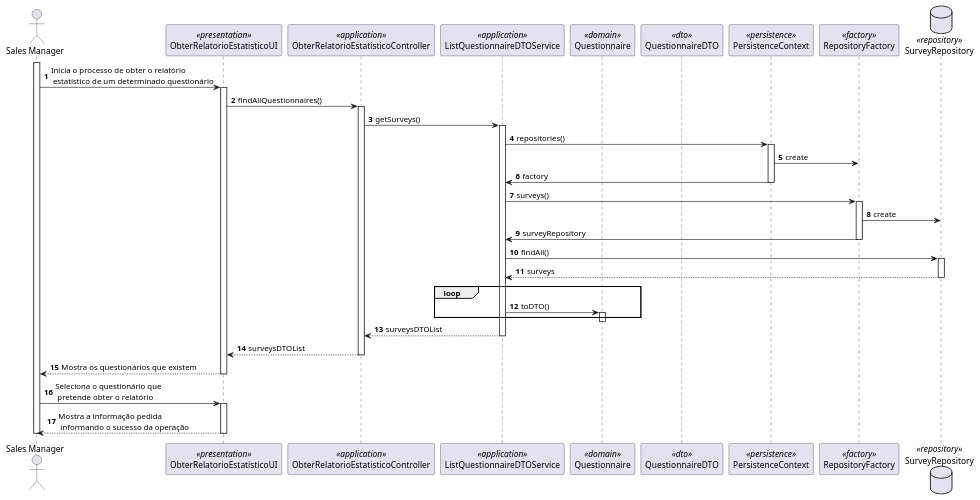
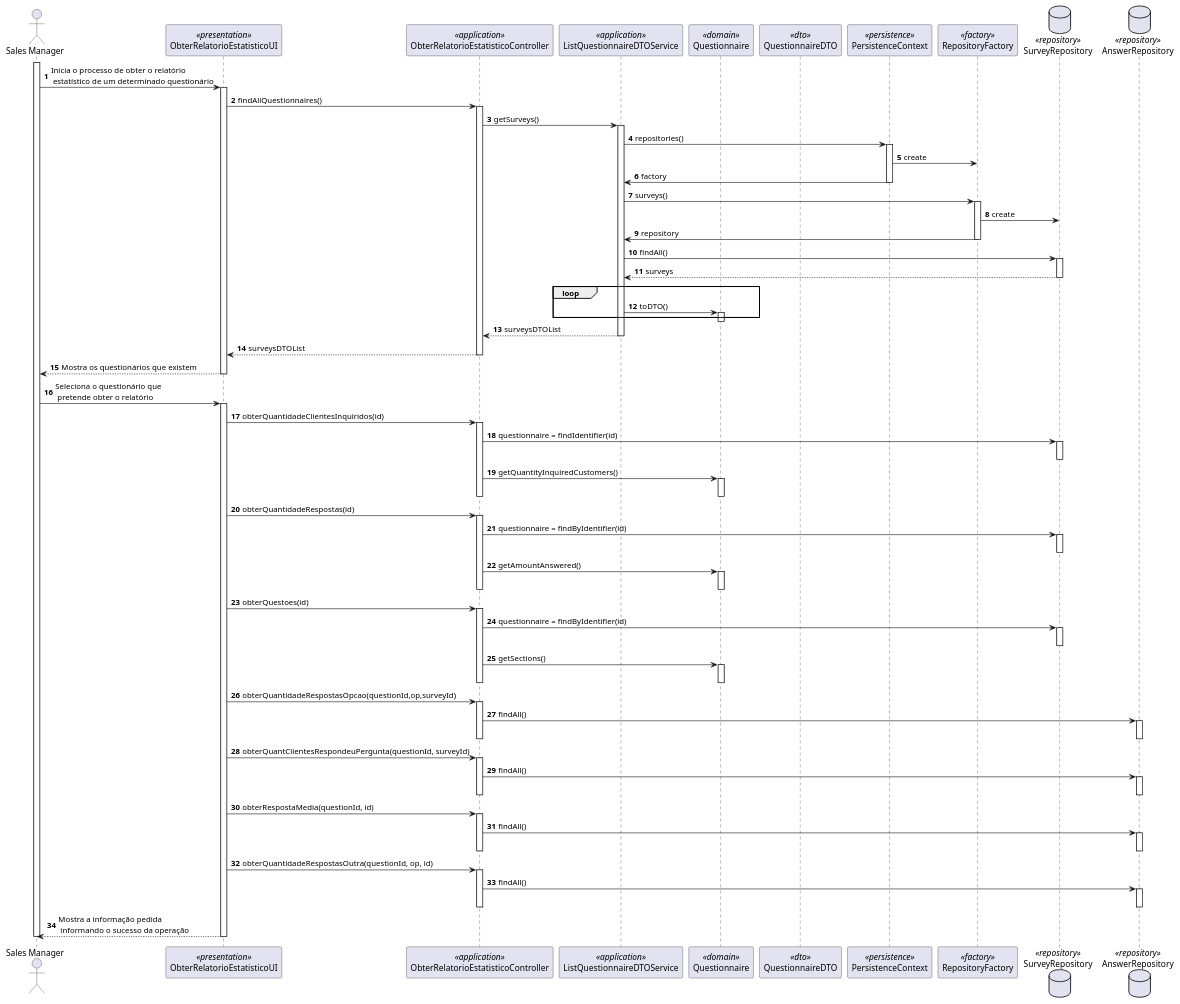
Before and after one commit to 0franciscor/lei21_22_s4_2de_01: the diagram in docs/1201386/US3002/SD_ObterRelatorioEstatistico.puml, drawn with PlantUML. The commit also changed 2 other files, not shown here.

Commit message:
#24 - Sequence Diagram Update

```diff
--- a/docs/1201386/US3002/SD_ObterRelatorioEstatistico.puml
+++ b/docs/1201386/US3002/SD_ObterRelatorioEstatistico.puml
@@ -1,54 +1,108 @@
 @startuml
 
 autonumber
 actor "Sales Manager" as SM
 participant ObterRelatorioEstatisticoUI as UI <<presentation>>
 participant ObterRelatorioEstatisticoController as Controller <<application>>
 participant ListQuestionnaireDTOService as serv <<application>>
 participant "Questionnaire" as Domain <<domain>>
 participant "QuestionnaireDTO" as DTO <<dto>>
 participant PersistenceContext as Persistence <<persistence>>
 participant RepositoryFactory as Factory <<factory>>
 database SurveyRepository as repository <<repository>>
+database AnswerRepository as ansrepository <<repository>>
 
 activate SM
 SM -> UI : Inicia o processo de obter o relatório\n estatístico de um determinado questionário
 activate UI
 UI->Controller: findAllQuestionnaires()
 activate Controller
 
 Controller -> serv: getSurveys()
 activate serv
 serv-> Persistence: repositories()
 activate Persistence
 Persistence -> Factory: create
 Persistence -> serv: factory
 deactivate Persistence
 serv -> Factory: surveys()
 activate Factory
 Factory -> repository: create
-Factory -> serv: surveyRepository
+Factory -> serv: repository
 deactivate Factory
 serv->repository:findAll()
 activate repository
 repository -->serv: surveys
 deactivate repository
 loop
 serv -> Domain: toDTO()
 activate Domain
 end
 deactivate Domain
 serv --> Controller : surveysDTOList
 deactivate serv
 Controller --> UI : surveysDTOList
 deactivate Controller
 UI --> SM : Mostra os questionários que existem
 deactivate UI
 SM -> UI : Seleciona o questionário que\n pretende obter o relatório
 activate UI
+UI -> Controller : obterQuantidadeClientesInquiridos(id)
+activate Controller
+Controller -> repository : questionnaire = findIdentifier(id)
+activate repository
+deactivate repository
+Controller -> Domain : getQuantityInquiredCustomers()
+activate Domain
+deactivate Domain
+deactivate Controller
+UI -> Controller : obterQuantidadeRespostas(id)
+activate Controller
+Controller -> repository : questionnaire = findByIdentifier(id)
+activate repository
+deactivate repository
+Controller -> Domain : getAmountAnswered()
+activate Domain
+deactivate Domain
+deactivate Controller
+UI -> Controller : obterQuestoes(id)
+activate Controller
+Controller -> repository : questionnaire = findByIdentifier(id)
+activate repository
+deactivate repository
+Controller -> Domain : getSections()
+activate Domain
+deactivate Domain
+deactivate Controller
+UI -> Controller : obterQuantidadeRespostasOpcao(questionId,op,surveyId)
+activate Controller
+Controller -> ansrepository : findAll()
+activate ansrepository
+deactivate ansrepository
+deactivate Controller
+UI -> Controller : obterQuantClientesRespondeuPergunta(questionId, surveyId)
+activate Controller
+Controller -> ansrepository : findAll()
+activate ansrepository
+deactivate ansrepository
+deactivate Controller
+UI -> Controller : obterRespostaMedia(questionId, id)
+activate Controller
+Controller -> ansrepository : findAll()
+activate ansrepository
+deactivate ansrepository
+deactivate Controller
+
+UI -> Controller : obterQuantidadeRespostasOutra(questionId, op, id)
+activate Controller
+Controller -> ansrepository : findAll()
+activate ansrepository
+deactivate ansrepository
+deactivate Controller
+
 UI --> SM : Mostra a informação pedida\n informando o sucesso da operação
 deactivate UI
 
 deactivate SM
 
 @enduml
```
